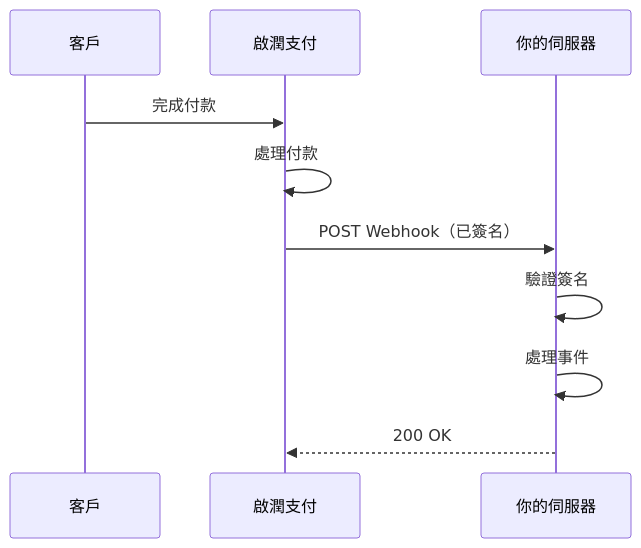
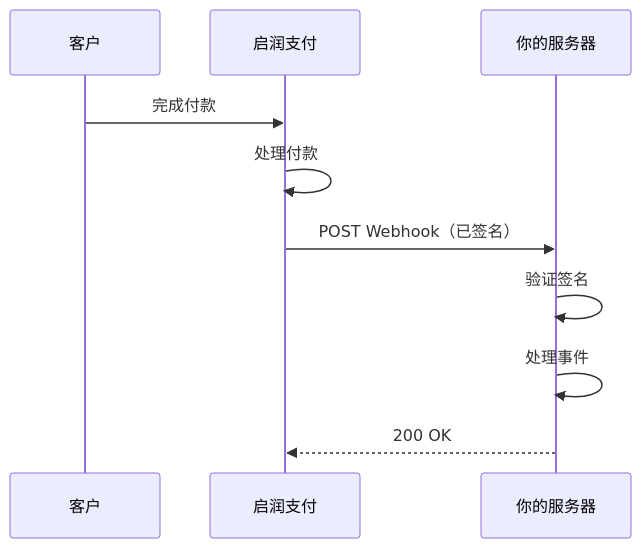
One commit to kyren-network/mintlify-docs changed the diagram in zh/webhooks/overview.mdx. Above: the diagram before and after it, drawn with Mermaid. The commit also changed other lines of this file and 19 other files, not shown here.

````diff
--- a/zh/webhooks/overview.mdx
+++ b/zh/webhooks/overview.mdx
@@ -10,13 +10,13 @@
 ```mermaid
 sequenceDiagram
-    participant Customer as 客戶
-    participant KyrenPay as 啟潤支付
-    participant YourServer as 你的伺服器
+    participant Customer as 客户
+    participant KyrenPay as 启润支付
+    participant YourServer as 你的服务器
 
     Customer->>KyrenPay: 完成付款
-    KyrenPay->>KyrenPay: 處理付款
-    KyrenPay->>YourServer: POST Webhook（已簽名）
-    YourServer->>YourServer: 驗證簽名
-    YourServer->>YourServer: 處理事件
+    KyrenPay->>KyrenPay: 处理付款
+    KyrenPay->>YourServer: POST Webhook（已签名）
+    YourServer->>YourServer: 验证签名
+    YourServer->>YourServer: 处理事件
     YourServer-->>KyrenPay: 200 OK
 ```
````
